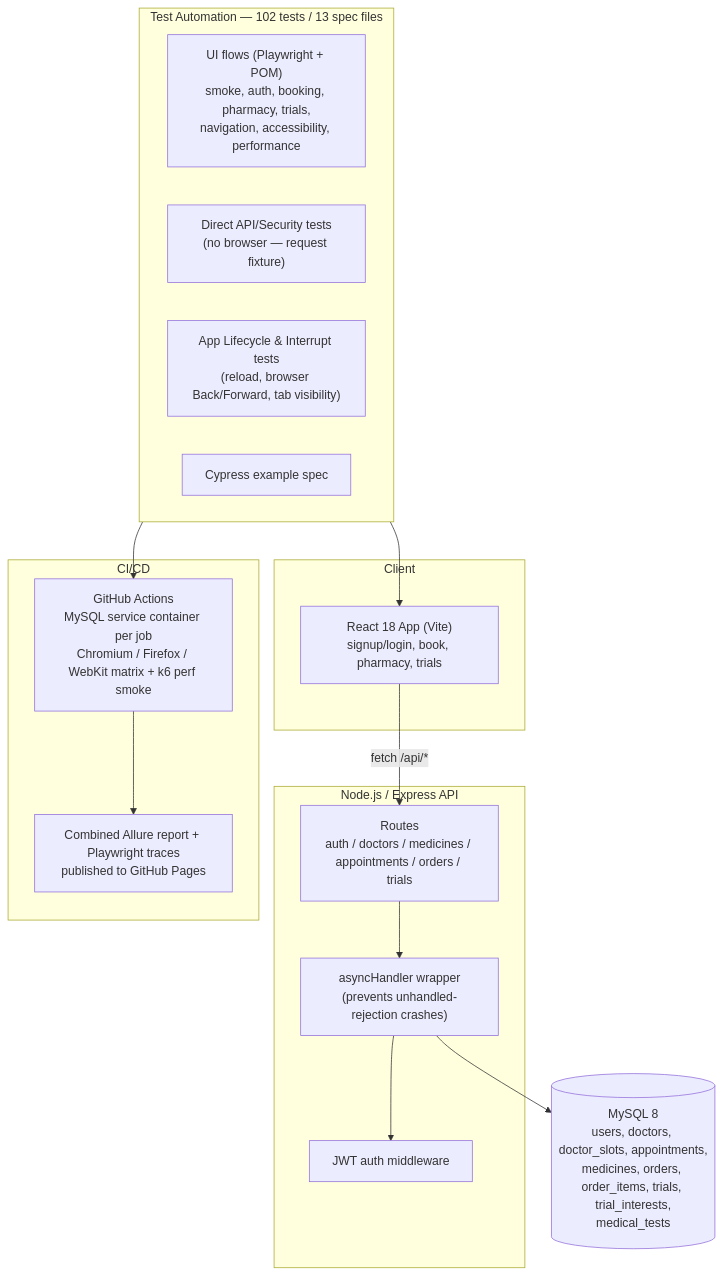
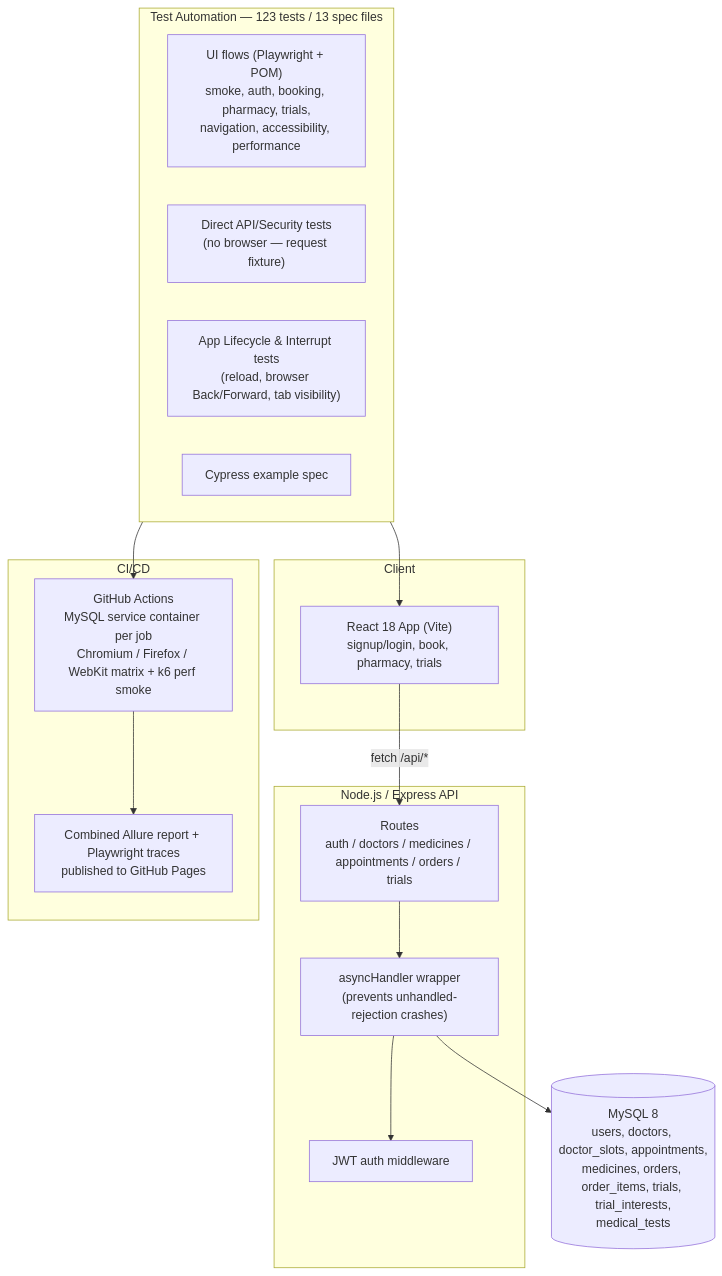
The diagram in README.md (REZAULKARIM2024/MeridianHealth-test-automation), drawn with Mermaid before and after one commit. The commit also changed other lines of this file and 3 other files, not shown here.

````diff
--- a/README.md
+++ b/README.md
@@ -79,35 +79,35 @@
 ```mermaid
 flowchart TB
     subgraph Client
         React["React 18 App (Vite)<br/>signup/login, book, pharmacy, trials"]
     end
 
     subgraph Backend["Node.js / Express API"]
         Routes["Routes<br/>auth / doctors / medicines / appointments / orders / trials"]
         AsyncHandler["asyncHandler wrapper<br/>(prevents unhandled-rejection crashes)"]
         Auth["JWT auth middleware"]
     end
 
     DB[("MySQL 8<br/>users, doctors, doctor_slots, appointments,<br/>medicines, orders, order_items, trials, trial_interests,<br/>medical_tests")]
 
     React -->|fetch /api/*| Routes
     Routes --> AsyncHandler
     AsyncHandler --> Auth
     AsyncHandler --> DB
 
-    subgraph Tests["Test Automation — 102 tests / 13 spec files"]
+    subgraph Tests["Test Automation — 123 tests / 13 spec files"]
         UI["UI flows (Playwright + POM)<br/>smoke, auth, booking, pharmacy, trials,<br/>navigation, accessibility, performance"]
         API["Direct API/Security tests<br/>(no browser — request fixture)"]
         Lifecycle["App Lifecycle & Interrupt tests<br/>(reload, browser Back/Forward, tab visibility)"]
         Cypress["Cypress example spec"]
     end
 
     subgraph Pipeline["CI/CD"]
         GHA["GitHub Actions<br/>MySQL service container per job<br/>Chromium / Firefox / WebKit matrix + k6 perf smoke"]
         AllureReport["Combined Allure report + Playwright traces<br/>published to GitHub Pages"]
     end
 
     Tests --> React
     Tests --> GHA
     GHA --> AllureReport
 ```
````
